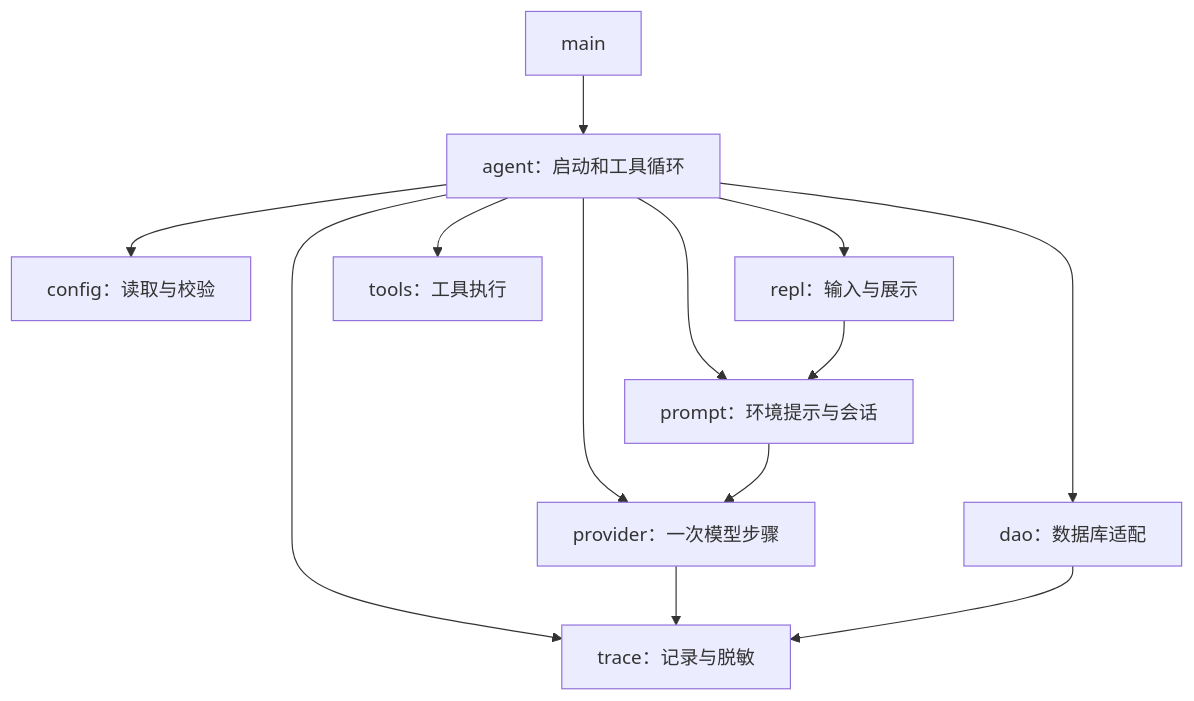
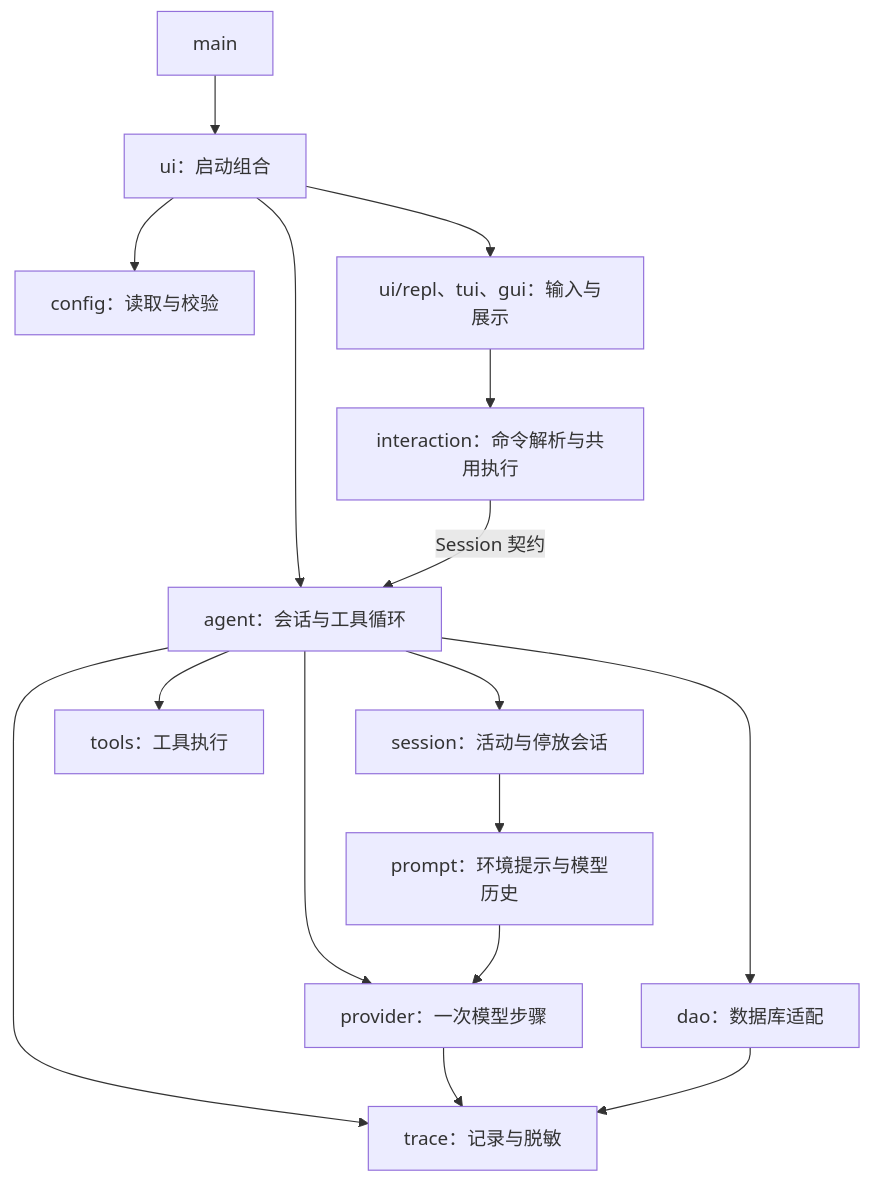
Before and after one commit to Godyu97/geer-agent: the diagram in doc/learn-rust/04-project/01-code-map.md, drawn with Mermaid. The commit also changed other lines of this file and 30 other files, not shown here.

````diff
--- a/doc/learn-rust/04-project/01-code-map.md
+++ b/doc/learn-rust/04-project/01-code-map.md
@@ -26,15 +29,18 @@
 ```mermaid
 flowchart TD
-    M[main] --> A[agent：启动和工具循环]
-    A --> C[config：读取与校验]
-    A --> R[repl：输入与展示]
-    A --> P[prompt：环境提示与会话]
+    M[main] --> U[ui：启动组合]
+    U --> C[config：读取与校验]
+    U --> R[ui/repl、tui、gui：输入与展示]
+    U --> A[agent：会话与工具循环]
+    R --> I[interaction：命令解析与共用执行]
+    I -->|Session 契约| A
+    A --> S[session：活动与停放会话]
+    S --> P[prompt：环境提示与模型历史]
     A --> V[provider：一次模型步骤]
     A --> T[tools：工具执行]
     A --> D[dao：数据库适配]
     A --> X[trace：记录与脱敏]
-    R --> P
     P --> V
     V --> X
     D --> X
 ```
````
